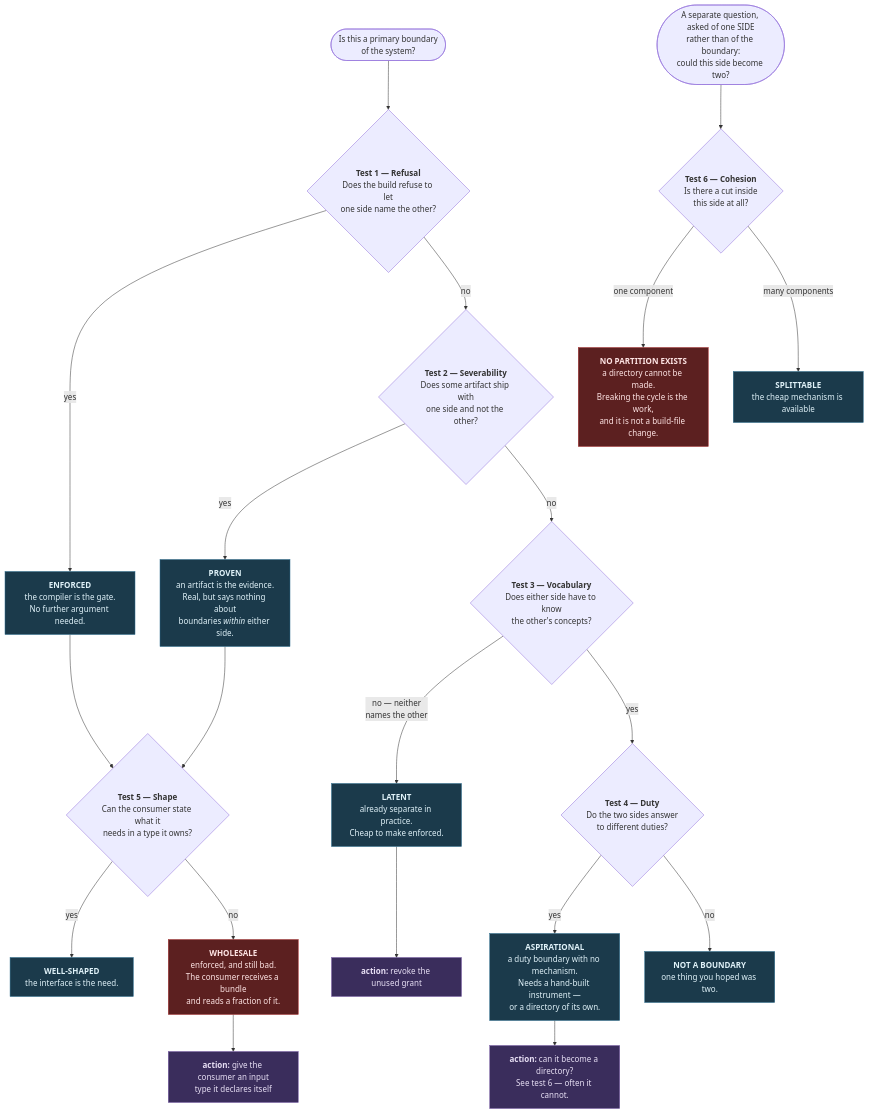
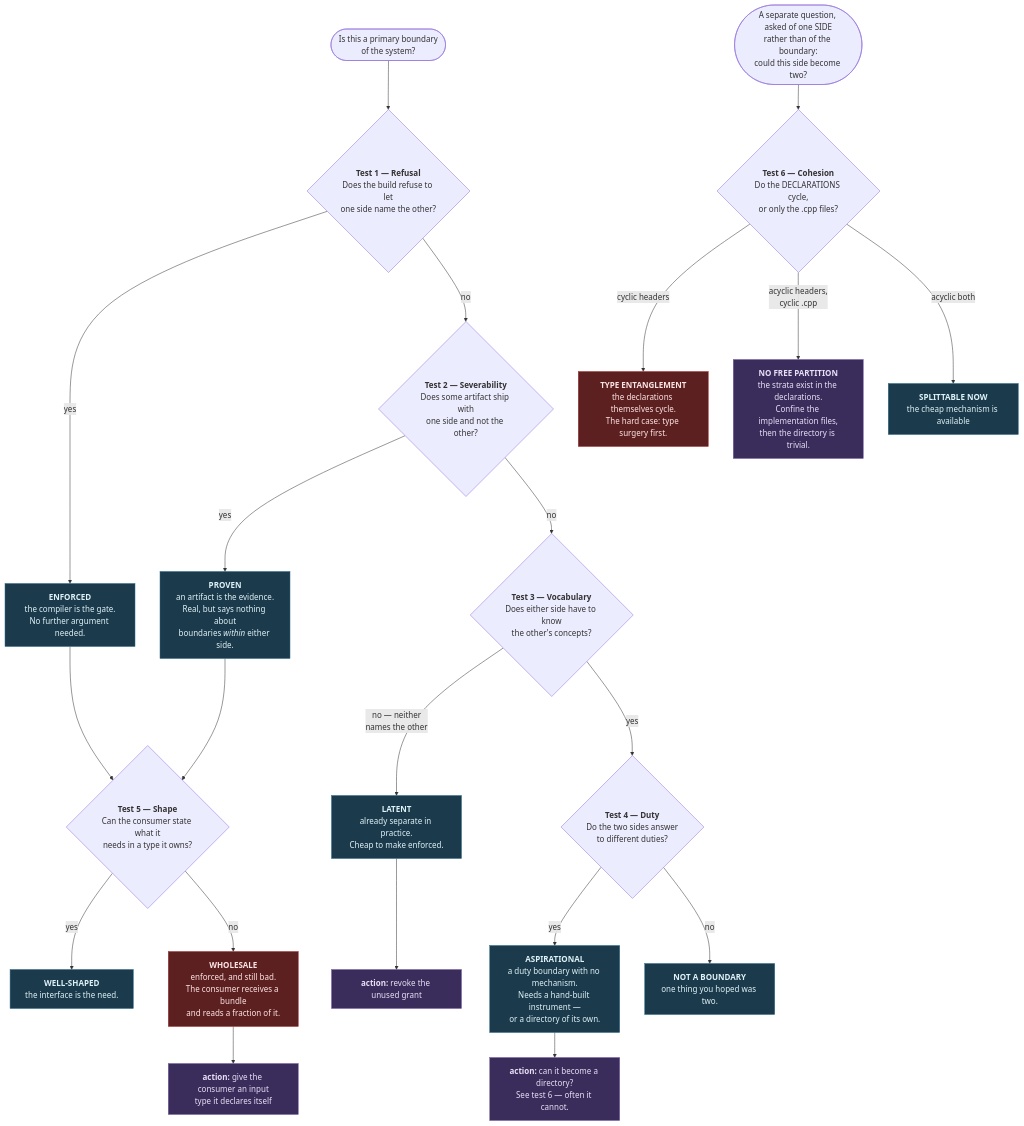
One commit to apnex/OpenStarbound changed the first of 11 diagrams in docs/architecture/system-boundaries.md. Above: the diagram before and after it, drawn with Mermaid. The commit also changed other lines of this file and 1 other file, not shown here.

````diff
--- a/docs/architecture/system-boundaries.md
+++ b/docs/architecture/system-boundaries.md
@@ -79,40 +79,42 @@
 ```mermaid
 flowchart TD
   Q(["Is this a primary boundary<br/>of the system?"]) --> T1
 
   T1{"<b>Test 1 — Refusal</b><br/>Does the build refuse to let<br/>one side name the other?"}
   T2{"<b>Test 2 — Severability</b><br/>Does some artifact ship with<br/>one side and not the other?"}
   T3{"<b>Test 3 — Vocabulary</b><br/>Does either side have to know<br/>the other's concepts?"}
   T4{"<b>Test 4 — Duty</b><br/>Do the two sides answer<br/>to different duties?"}
 
   T1 -->|yes| E["<b>ENFORCED</b><br/>the compiler is the gate.<br/>No further argument needed."]
   T1 -->|no| T2
   T2 -->|yes| P["<b>PROVEN</b><br/>an artifact is the evidence.<br/>Real, but says nothing about<br/>boundaries <i>within</i> either side."]
   T2 -->|no| T3
   T3 -->|"no — neither<br/>names the other"| L["<b>LATENT</b><br/>already separate in practice.<br/>Cheap to make enforced."]
   T3 -->|yes| T4
   T4 -->|yes| A["<b>ASPIRATIONAL</b><br/>a duty boundary with no mechanism.<br/>Needs a hand-built instrument —<br/>or a directory of its own."]
   T4 -->|no| N["<b>NOT A BOUNDARY</b><br/>one thing you hoped was two."]
 
   L --> R3["<b>action:</b> revoke the unused grant"]
   A --> R4["<b>action:</b> can it become a directory?<br/>See test 6 — often it cannot."]
 
   E --> T5
   P --> T5
   T5{"<b>Test 5 — Shape</b><br/>Can the consumer state what it<br/>needs in a type it owns?"}
   T5 -->|yes| W["<b>WELL-SHAPED</b><br/>the interface is the need."]
   T5 -->|no| B["<b>WHOLESALE</b><br/>enforced, and still bad.<br/>The consumer receives a bundle<br/>and reads a fraction of it."]
   B --> R5["<b>action:</b> give the consumer an input<br/>type it declares itself"]
 
   S(["A separate question, asked of one SIDE<br/>rather than of the boundary:<br/>could this side become two?"]) --> T6
-  T6{"<b>Test 6 — Cohesion</b><br/>Is there a cut inside<br/>this side at all?"}
-  T6 -->|"one component"| C1["<b>NO PARTITION EXISTS</b><br/>a directory cannot be made.<br/>Breaking the cycle is the work,<br/>and it is not a build-file change."]
-  T6 -->|"many components"| C2["<b>SPLITTABLE</b><br/>the cheap mechanism is available"]
+  T6{"<b>Test 6 — Cohesion</b><br/>Do the DECLARATIONS cycle,<br/>or only the .cpp files?"}
+  T6 -->|"cyclic headers"| C1["<b>TYPE ENTANGLEMENT</b><br/>the declarations themselves cycle.<br/>The hard case: type surgery first."]
+  T6 -->|"acyclic headers,<br/>cyclic .cpp"| C3["<b>NO FREE PARTITION</b><br/>the strata exist in the declarations.<br/>Confine the implementation files,<br/>then the directory is trivial."]
+  T6 -->|"acyclic both"| C2["<b>SPLITTABLE NOW</b><br/>the cheap mechanism is available"]
 
   classDef verdict fill:#1b3a4b,stroke:#2c6e8f,color:#e0f2f9
   classDef action fill:#3a2d5c,stroke:#7b5ea7,color:#e8e0f5
   classDef bad fill:#5c2020,stroke:#a33,color:#ffe5e5
   class E,P,L,A,N,W,C2 verdict
+  class C3 action
   class R3,R4,R5 action
   class B,C1 bad
 ```
````
